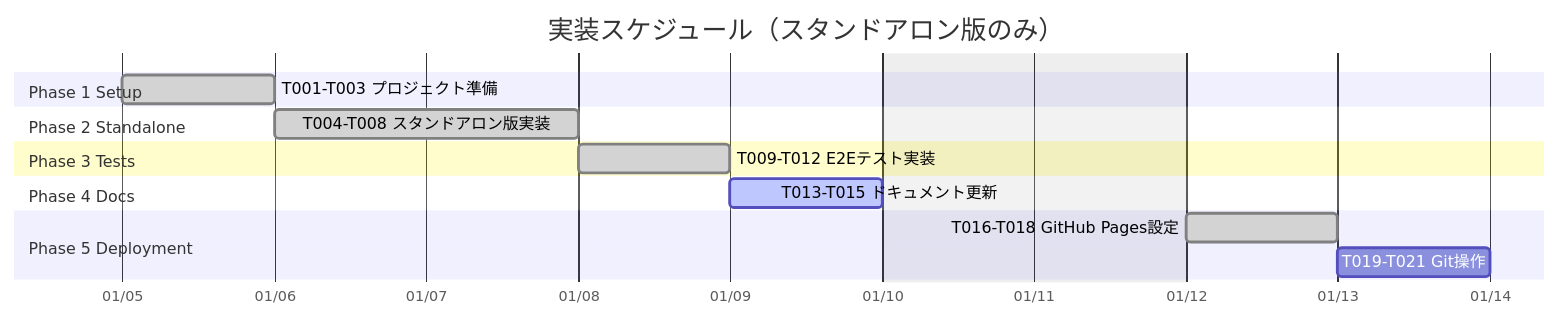
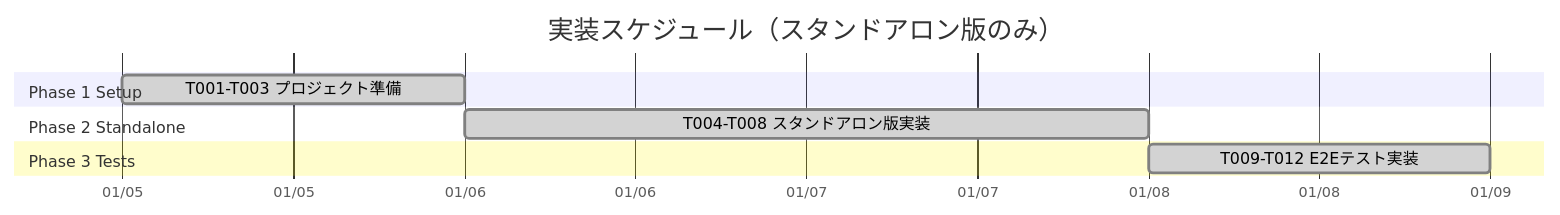
The first of 2 diagrams in specs/001-Slide-Voice-Maker/tasks.md (J1921604/Slide-Voice-Maker_standalone), drawn with Mermaid before and after one commit. The commit also changed other lines of this file and 4 other files, not shown here.

````diff
--- a/specs/001-Slide-Voice-Maker/tasks.md
+++ b/specs/001-Slide-Voice-Maker/tasks.md
@@ -19,23 +19,17 @@
 ```mermaid
 gantt
     title 実装スケジュール（スタンドアロン版のみ）
     dateFormat YYYY-MM-DD
     axisFormat %m/%d
     excludes weekends 2026-12-27 2026-12-28 2026-12-29 2026-12-30 2026-12-31 2027-01-01 2027-01-02 2027-01-03 2027-01-04
 
     section Phase 1 Setup
     T001-T003 プロジェクト準備                :done, p1, 2026-01-05, 1d
 
     section Phase 2 Standalone
     T004-T008 スタンドアロン版実装              :done, p2, after p1, 2d
 
     section Phase 3 Tests
     T009-T012 E2Eテスト実装                    :done, p3, after p2, 1d
 
-    section Phase 4 Docs
-    T013-T015 ドキュメント更新                  :active, p4, after p3, 1d
-
-    section Phase 5 Deployment
-    T016-T018 GitHub Pages設定                 :done, p5, after p4, 1d
-    T019-T021 Git操作                          :p6, after p5, 1d
 ```
````
